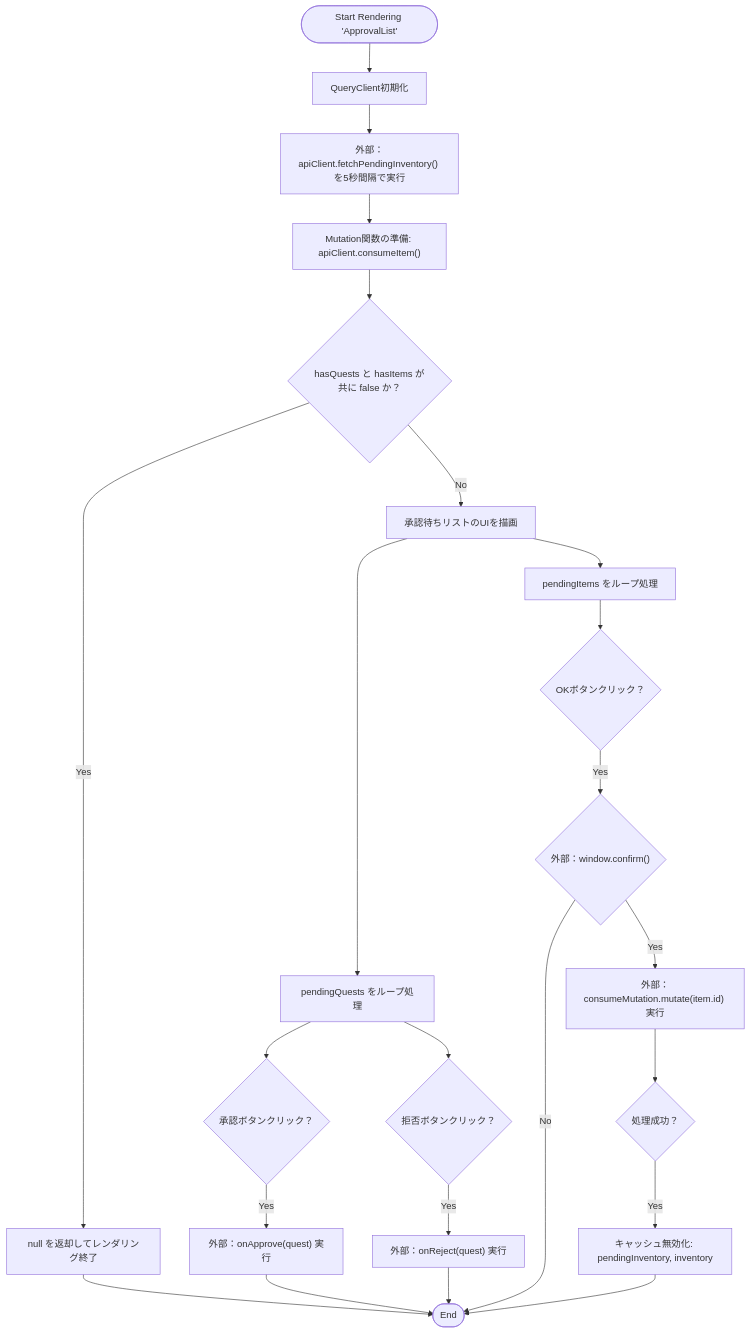
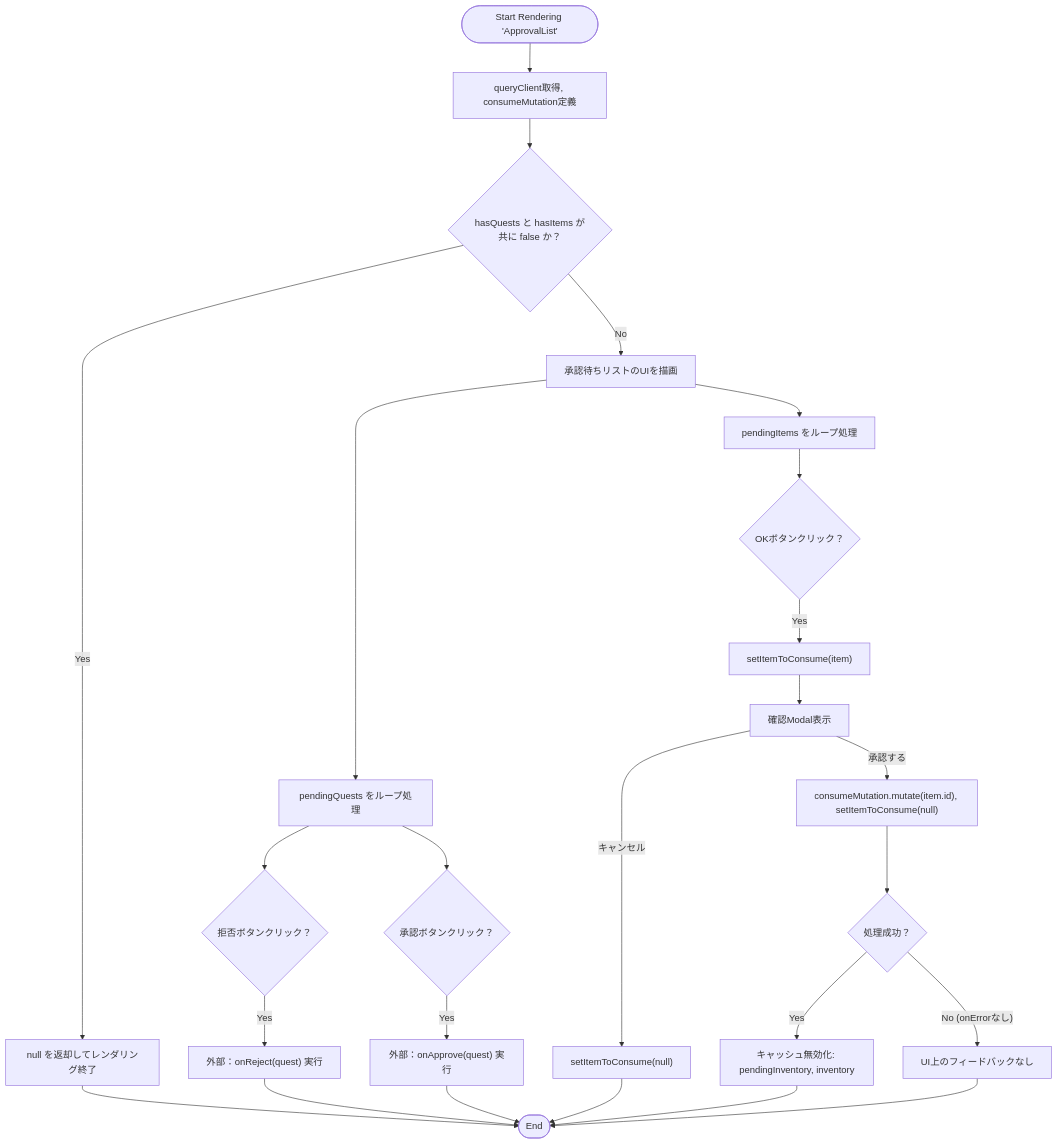
One commit to mmtigers/my_python_project changed the first of 2 diagrams in docs/specifications/family-quest/src/features/quest/components/ApprovalList.md. Above: the diagram before and after it, drawn with Mermaid. The commit also changed other lines of this file and 7 other files, not shown here.

````diff
--- a/docs/specifications/family-quest/src/features/quest/components/ApprovalList.md
+++ b/docs/specifications/family-quest/src/features/quest/components/ApprovalList.md
@@ -112,26 +92,26 @@
 ```mermaid
 flowchart TD
-    Start(["Start Rendering 'ApprovalList'"]) --> Init["QueryClient初期化"]
-    Init --> FetchItems["外部：apiClient.fetchPendingInventory() を5秒間隔で実行"]
-    FetchItems --> SetupMutation["Mutation関数の準備: apiClient.consumeItem()"]
-    SetupMutation --> CheckEmpty{"hasQuests と hasItems が共に false か？"}
-    
+    Start(["Start Rendering 'ApprovalList'"]) --> Init["queryClient取得, consumeMutation定義"]
+    Init --> CheckEmpty{"hasQuests と hasItems が共に false か？"}
+
     CheckEmpty -->|"Yes"| ReturnNull["null を返却してレンダリング終了"] --> End(["End"])
     CheckEmpty -->|"No"| RenderUI["承認待ちリストのUIを描画"]
-    
+
     RenderUI --> QuestList["pendingQuests をループ処理"]
+    QuestList --> QuestReject{"拒否ボタンクリック？"}
+    QuestReject -->|"Yes"| CallOnReject["外部：onReject(quest) 実行"] --> End
     QuestList --> QuestApprove{"承認ボタンクリック？"}
     QuestApprove -->|"Yes"| CallOnApprove["外部：onApprove(quest) 実行"] --> End
-    QuestList --> QuestReject{"拒否ボタンクリック？"}
-    QuestReject -->|"Yes"| CallOnReject["外部：onReject(quest) 実行"] --> End
 
     RenderUI --> ItemList["pendingItems をループ処理"]
-    ItemList --> ItemApprove{"OKボタンクリック？"}
-    ItemApprove -->|"Yes"| ConfirmDialog{"外部：window.confirm()"}
-    ConfirmDialog -->|"Yes"| MutateItem["外部：consumeMutation.mutate(item.id) 実行"]
-    ConfirmDialog -->|"No"| End
-    
+    ItemList --> ItemOK{"OKボタンクリック？"}
+    ItemOK -->|"Yes"| SetItemToConsume["setItemToConsume(item)"]
+    SetItemToConsume --> ConfirmModal["確認Modal表示"]
+    ConfirmModal -->|"承認する"| MutateItem["consumeMutation.mutate(item.id), setItemToConsume(null)"]
+    ConfirmModal -->|"キャンセル"| CloseModal["setItemToConsume(null)"] --> End
+
     MutateItem --> MutateSuccess{"処理成功？"}
     MutateSuccess -->|"Yes"| InvalidateQueries["キャッシュ無効化: pendingInventory, inventory"] --> End
+    MutateSuccess -->|"No (onErrorなし)"| NoFeedback["UI上のフィードバックなし"] --> End
 
 ```
````
